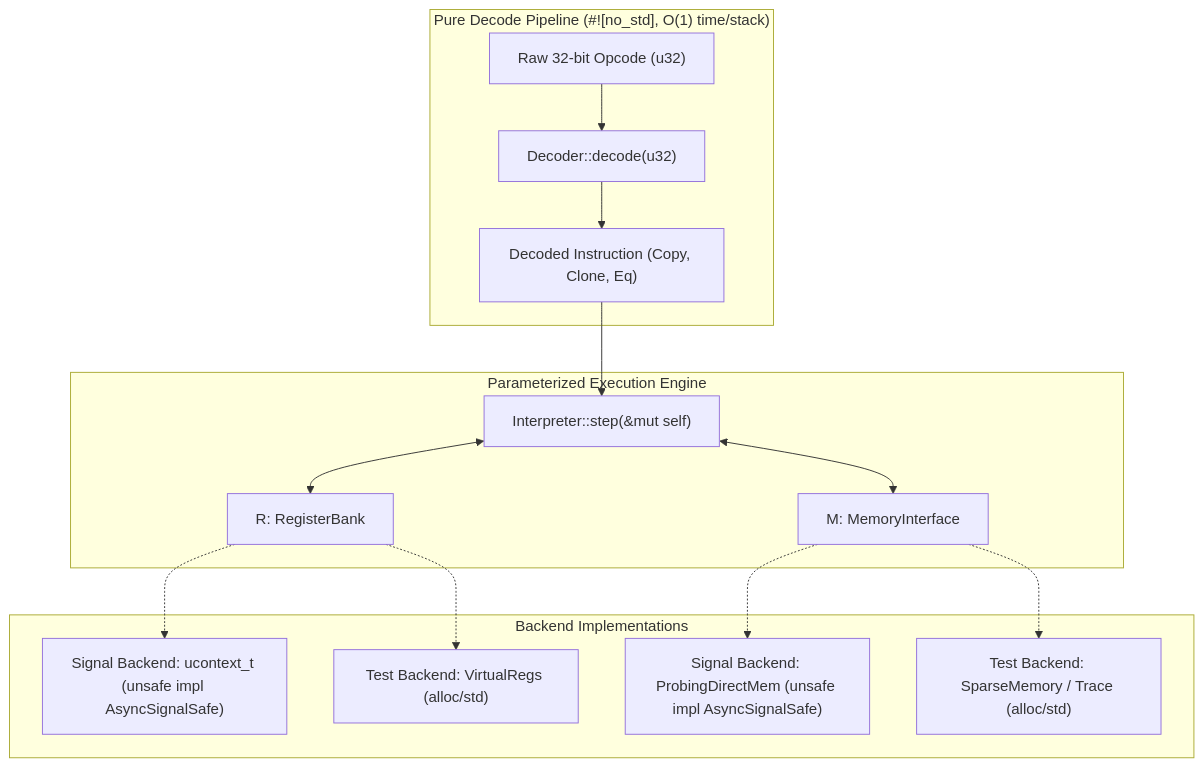
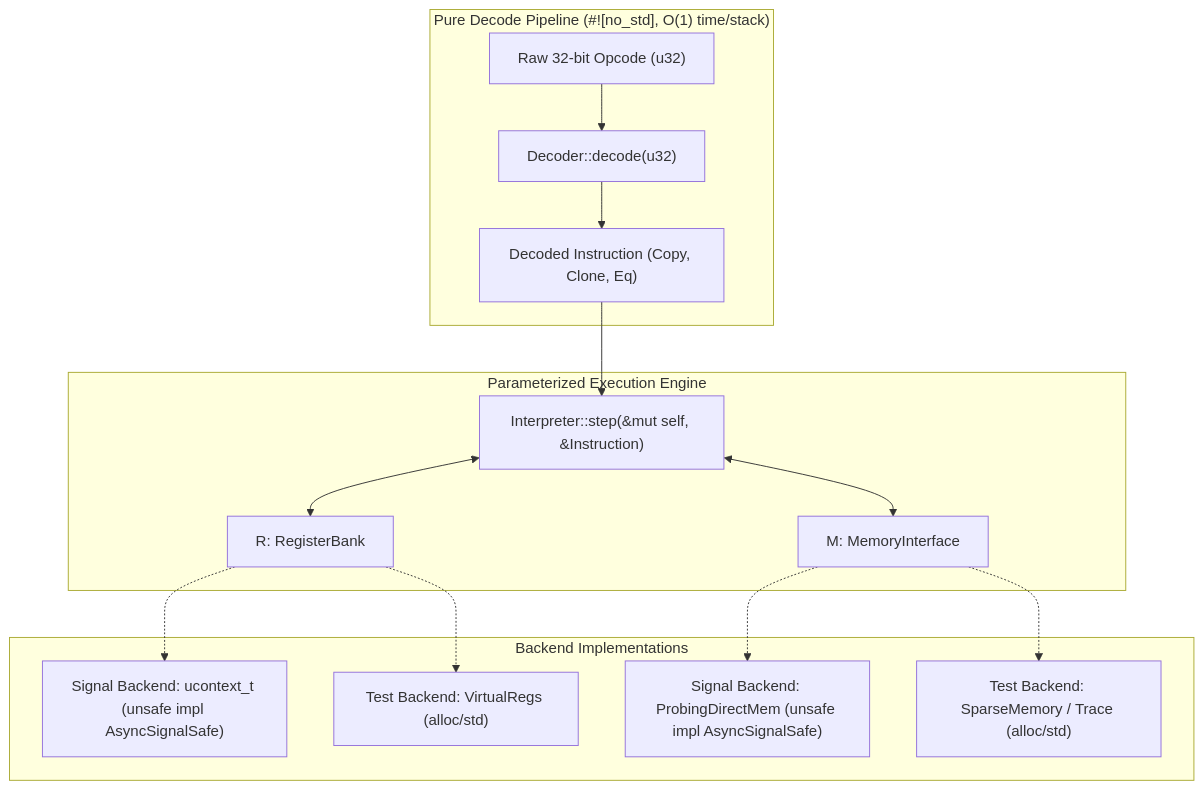
Before and after one commit to michalgr/sigstep-a64: the diagram in README.md, drawn with Mermaid. The commit also changed 1 other file, not shown here.

Commit message:
docs: fix ASCII bitfield and Mermaid diagram inconsistencies

````diff
--- a/README.md
+++ b/README.md
@@ -34,20 +34,20 @@
 ```mermaid
 flowchart TD
     subgraph DecodePipeline["Pure Decode Pipeline (#![no_std], O(1) time/stack)"]
         Raw["Raw 32-bit Opcode (u32)"] --> Decoder["Decoder::decode(u32)"]
         Decoder --> Inst["Decoded Instruction (Copy, Clone, Eq)"]
     end
 
     subgraph ExecPipeline["Parameterized Execution Engine"]
-        Inst --> Interp["Interpreter::step(&mut self)"]
+        Inst --> Interp["Interpreter::step(&mut self, &Instruction)"]
         Interp <--> Regs["R: RegisterBank"]
         Interp <--> Mem["M: MemoryInterface"]
     end
 
     subgraph Backends["Backend Implementations"]
         Regs -.-> UContext["Signal Backend: ucontext_t (unsafe impl AsyncSignalSafe)"]
         Regs -.-> MockRegs["Test Backend: VirtualRegs (alloc/std)"]
         Mem -.-> DirectMem["Signal Backend: ProbingDirectMem (unsafe impl AsyncSignalSafe)"]
         Mem -.-> MapMem["Test Backend: SparseMemory / Trace (alloc/std)"]
     end
 ```
````
